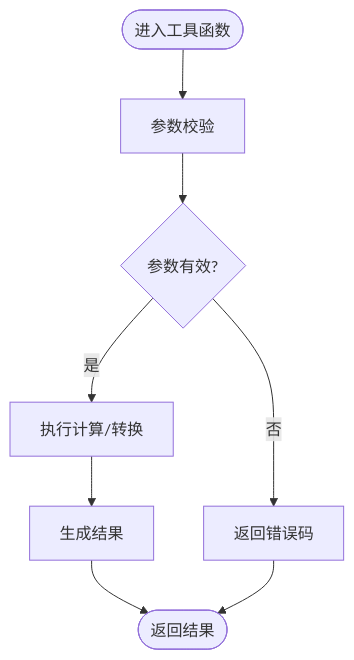
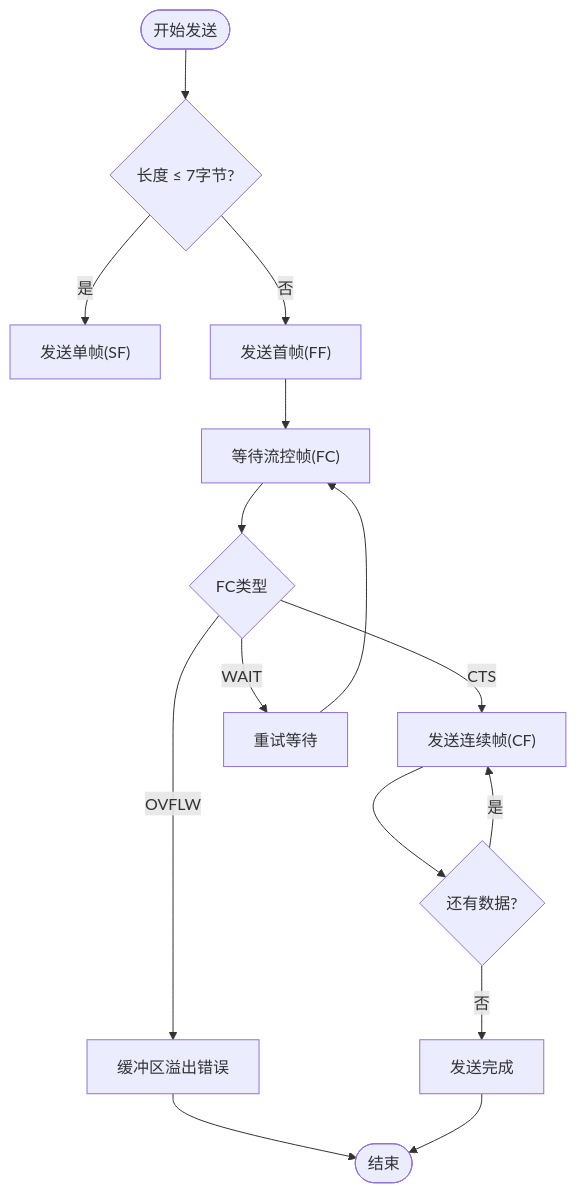
One commit to jakecai1225-design/OpenBus changed the fourth of 5 diagrams in .qoder/repowiki/zh/content/核心模块详解/UDS诊断接口.md. Above: the diagram before and after it, drawn with Mermaid. The commit also changed other lines of this file and 57 other files, not shown here.

````diff
--- a/.qoder/repowiki/zh/content/核心模块详解/UDS诊断接口.md
+++ b/.qoder/repowiki/zh/content/核心模块详解/UDS诊断接口.md
@@ -207,10 +193,17 @@
 ```mermaid
 flowchart TD
-Start(["进入工具函数"]) --> Validate["参数校验"]
-Validate --> Valid{"参数有效?"}
-Valid --> |否| ReturnErr["返回错误码"]
-Valid --> |是| Compute["执行计算/转换"]
-Compute --> Result["生成结果"]
-Result --> End(["返回结果"])
-ReturnErr --> End
+Start(["开始发送"]) --> CheckLen{"长度 ≤ 7字节?"}
+CheckLen --> |是| SendSF["发送单帧(SF)"]
+CheckLen --> |否| SendFF["发送首帧(FF)"]
+SendFF --> WaitFC["等待流控帧(FC)"]
+WaitFC --> FCType{"FC类型"}
+FCType --> |CTS| SendCF["发送连续帧(CF)"]
+FCType --> |WAIT| Retry["重试等待"]
+FCType --> |OVFLW| Error["缓冲区溢出错误"]
+SendCF --> MoreData{"还有数据?"}
+MoreData --> |是| SendCF
+MoreData --> |否| Complete["发送完成"]
+Retry --> WaitFC
+Error --> End(["结束"])
+Complete --> End
 ```
````
